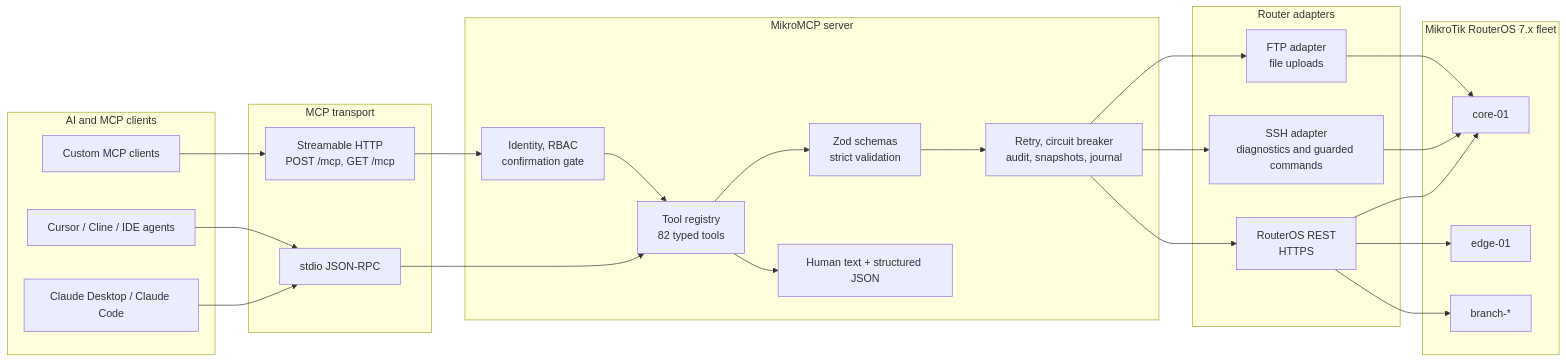
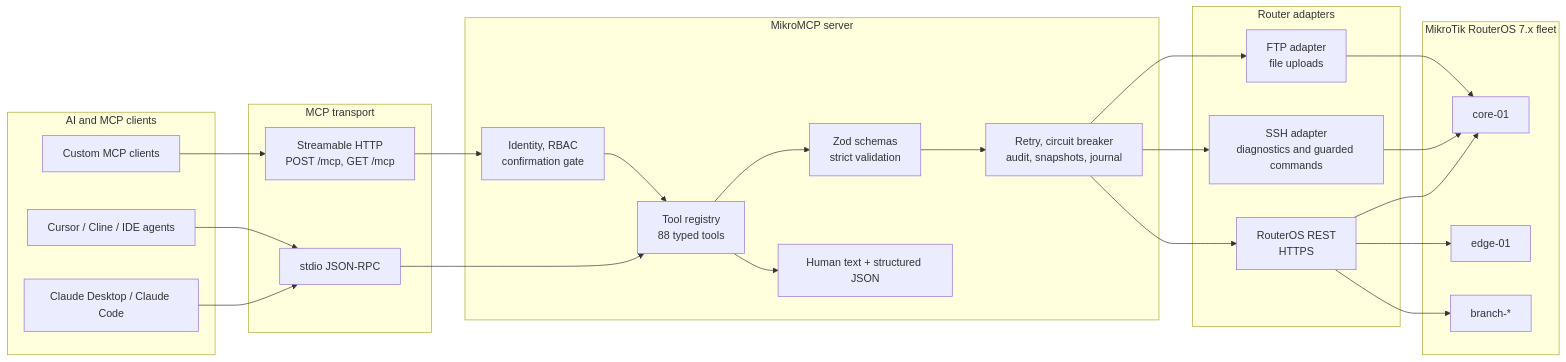
The first of 3 diagrams in docs/wiki/Architecture.md (AliKarami/MikroMCP), drawn with Mermaid before and after one commit. The commit also changed other lines of this file and 11 other files, not shown here.

````diff
--- a/docs/wiki/Architecture.md
+++ b/docs/wiki/Architecture.md
@@ -5,51 +5,51 @@
 ```mermaid
 flowchart LR
     subgraph Clients["AI and MCP clients"]
         Claude["Claude Desktop / Claude Code"]
         Cursor["Cursor / Cline / IDE agents"]
         Service["Custom MCP clients"]
     end
 
     subgraph Transport["MCP transport"]
         Stdio["stdio JSON-RPC"]
         Http["Streamable HTTP\nPOST /mcp, GET /mcp"]
     end
 
     subgraph Core["MikroMCP server"]
-        Registry["Tool registry\n82 typed tools"]
+        Registry["Tool registry\n88 typed tools"]
         Schemas["Zod schemas\nstrict validation"]
         Auth["Identity, RBAC\nconfirmation gate"]
         Safety["Retry, circuit breaker\naudit, snapshots, journal"]
         Format["Human text + structured JSON"]
     end
 
     subgraph Adapters["Router adapters"]
         Rest["RouterOS REST\nHTTPS"]
         Ssh["SSH adapter\ndiagnostics and guarded commands"]
         Ftp["FTP adapter\nfile uploads"]
     end
 
     subgraph Routers["MikroTik RouterOS 7.x fleet"]
         CoreRouter["core-01"]
         EdgeRouter["edge-01"]
         BranchRouter["branch-*"]
     end
 
     Claude --> Stdio
     Cursor --> Stdio
     Service --> Http
     Stdio --> Registry
     Http --> Auth
     Auth --> Registry
     Registry --> Schemas
     Schemas --> Safety
     Safety --> Rest
     Safety --> Ssh
     Safety --> Ftp
     Rest --> CoreRouter
     Rest --> EdgeRouter
     Rest --> BranchRouter
     Ssh --> CoreRouter
     Ftp --> CoreRouter
     Registry --> Format
 ```
````
